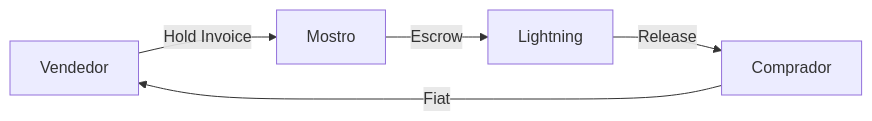
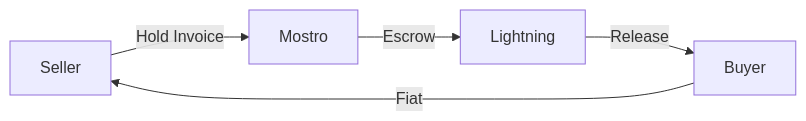
Before and after one commit to grunch/mostro-update: the diagram in slides.md, drawn with Mermaid. The commit also changed other lines of this file and 1 other file, not shown here.

````diff
--- a/slides.md
+++ b/slides.md
@@ -35,7 +35,7 @@
 ```mermaid
 graph LR
-  A[Vendedor] -->|Hold Invoice| B[Mostro]
+  A[Seller] -->|Hold Invoice| B[Mostro]
   B -->|Escrow| C[Lightning]
-  D[Comprador] -->|Fiat| A
+  D[Buyer] -->|Fiat| A
   C -->|Release| D
 ```
````
